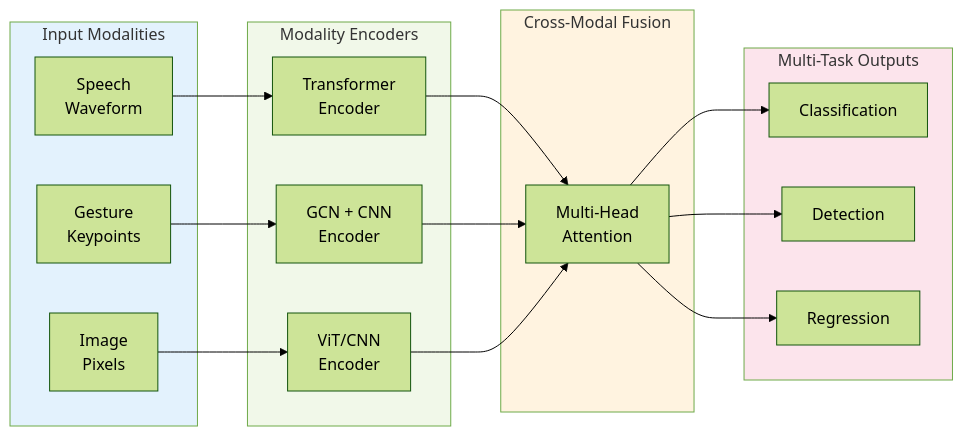
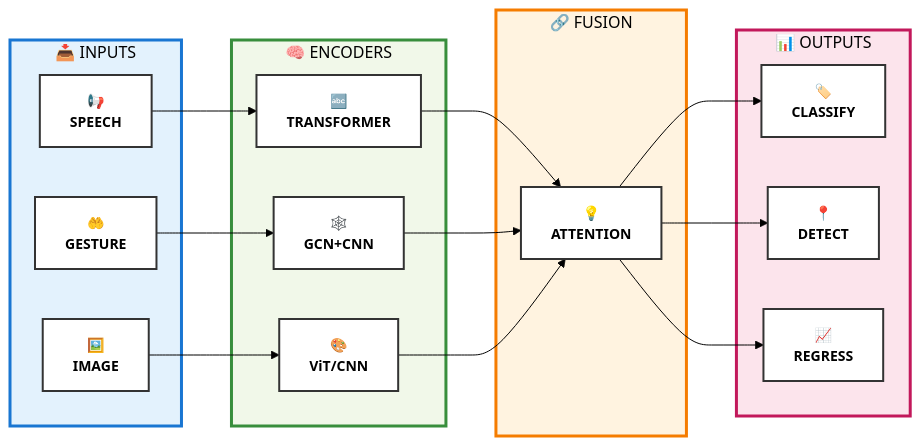
The second of 2 diagrams in README.md (Nathanielneil/TriModalFusion), drawn with Mermaid (forest theme) before and after one commit. The commit also changed other lines of this file, not shown here.

First line of the commit message:
Improve diagram readability and font sizes

````diff
--- a/README.md
+++ b/README.md
@@ -164,41 +164,44 @@
 ```mermaid
 flowchart LR
-    subgraph Inputs [" Input Modalities "]
-        A[Speech<br/>Waveform]
-        B[Gesture<br/>Keypoints]
-        C[Image<br/>Pixels]
+    subgraph INPUTS ["📥 INPUTS"]
+        A["📢<br/>SPEECH"]
+        B["🤲<br/>GESTURE"]
+        C["🖼️<br/>IMAGE"]
     end
     
-    subgraph Encoders [" Modality Encoders "]
-        D[Transformer<br/>Encoder]
-        E[GCN + CNN<br/>Encoder]
-        F[ViT/CNN<br/>Encoder]
+    subgraph ENCODERS ["🧠 ENCODERS"]
+        D["🔤<br/>TRANSFORMER"]
+        E["🕸️<br/>GCN+CNN"]
+        F["🎨<br/>ViT/CNN"]
     end
     
-    subgraph Fusion [" Cross-Modal Fusion "]
-        G[Multi-Head<br/>Attention]
+    subgraph FUSION ["🔗 FUSION"]
+        G["💡<br/>ATTENTION"]
     end
     
-    subgraph Tasks [" Multi-Task Outputs "]
-        H[Classification]
-        I[Detection]
-        J[Regression]
+    subgraph OUTPUTS ["📊 OUTPUTS"]
+        H["🏷️<br/>CLASSIFY"]
+        I["📍<br/>DETECT"]
+        J["📈<br/>REGRESS"]
     end
     
     A --> D
     B --> E
     C --> F
     
     D --> G
     E --> G
     F --> G
     
     G --> H
     G --> I
     G --> J
     
-    style Inputs fill:#e3f2fd
-    style Encoders fill:#f1f8e9
-    style Fusion fill:#fff3e0
-    style Tasks fill:#fce4ec
+    style INPUTS fill:#e3f2fd,stroke:#1976d2,stroke-width:3px,color:#000,font-size:16px
+    style ENCODERS fill:#f1f8e9,stroke:#388e3c,stroke-width:3px,color:#000,font-size:16px
+    style FUSION fill:#fff3e0,stroke:#f57c00,stroke-width:3px,color:#000,font-size:16px
+    style OUTPUTS fill:#fce4ec,stroke:#c2185b,stroke-width:3px,color:#000,font-size:16px
+    
+    classDef nodeStyle fill:#ffffff,stroke:#333,stroke-width:2px,font-size:14px,font-weight:bold
+    class A,B,C,D,E,F,G,H,I,J nodeStyle
 ```
````
